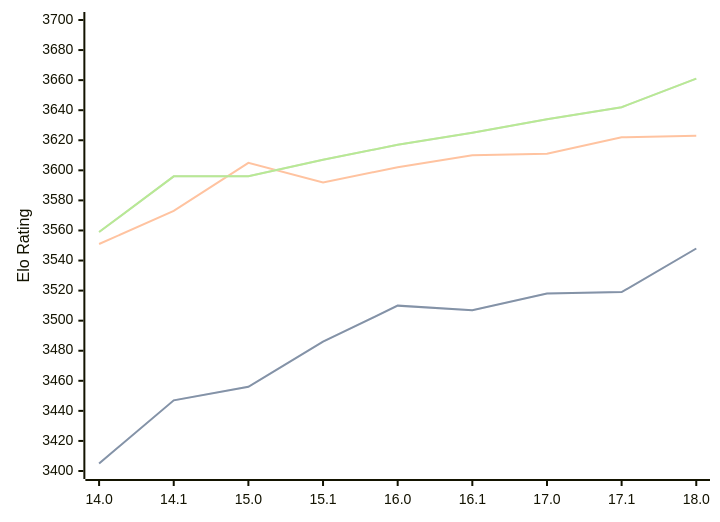
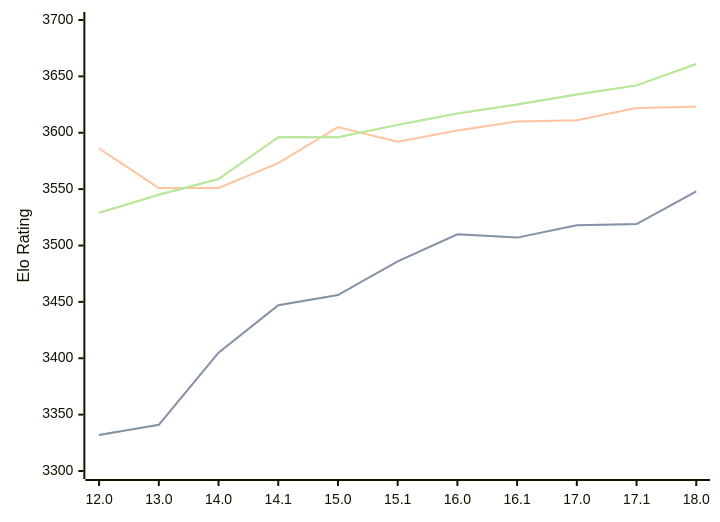
The diagram in engines/Stockfish.md (computer-chess-index/cci), drawn with Mermaid before and after one commit. The commit also changed other lines of this file, not shown here.

Commit message:
Update CCI Ratings (ELO VLTC) - 2026-02-17

````diff
--- a/engines/Stockfish.md
+++ b/engines/Stockfish.md
@@ -42,11 +42,11 @@
 ```mermaid
 %%{init: {"theme":"base","themeVariables":{"seriesColors:['#a3a3a3','#222221','#faa371']}}}%%
 xychart-beta
-  x-axis ["14.0", "14.1", "15.0", "15.1", "16.0", "16.1", "17.0", "17.1", "18.0"]
-  y-axis "Elo Rating" 3400 --> 3700
-  line "STC (8.0+0.08s)" [3405, 3447, 3456, 3486, 3510, 3507, 3518, 3519, 3548]
-  line "STC (8.0+0.08s)" [3405, 3447, 3456, 3486, 3510, 3507, 3518, 3519, 3548]
-  line "LTC (60.0+0.60s)" [3551, 3573, 3605, 3592, 3602, 3610, 3611, 3622, 3623]
-  line "VLTC (2m24s+1.12s)" [3559, 3596, 3596, 3607, 3617, 3625, 3634, 3642, 3661]
-  line "VLTC (2m24s+1.12s)" [3559, 3596, 3596, 3607, 3617, 3625, 3634, 3642, 3661]
+  x-axis ["12.0", "13.0", "14.0", "14.1", "15.0", "15.1", "16.0", "16.1", "17.0", "17.1", "18.0"]
+  y-axis "Elo Rating" 3300 --> 3700
+  line "STC (8.0+0.08s)" [3332, 3341, 3405, 3447, 3456, 3486, 3510, 3507, 3518, 3519, 3548]
+  line "STC (8.0+0.08s)" [3332, 3341, 3405, 3447, 3456, 3486, 3510, 3507, 3518, 3519, 3548]
+  line "LTC (60.0+0.60s)" [3586, 3551, 3551, 3573, 3605, 3592, 3602, 3610, 3611, 3622, 3623]
+  line "VLTC (2m24s+1.12s)" [3529, 3545, 3559, 3596, 3596, 3607, 3617, 3625, 3634, 3642, 3661]
+  line "VLTC (2m24s+1.12s)" [3529, 3545, 3559, 3596, 3596, 3607, 3617, 3625, 3634, 3642, 3661]
 ```
````
